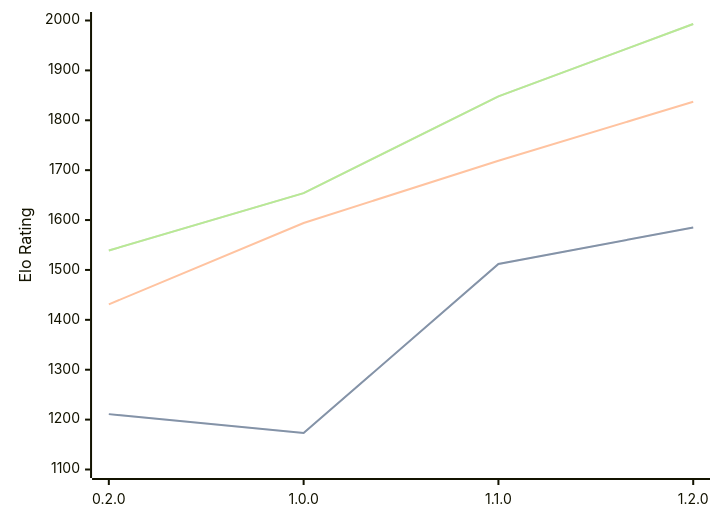
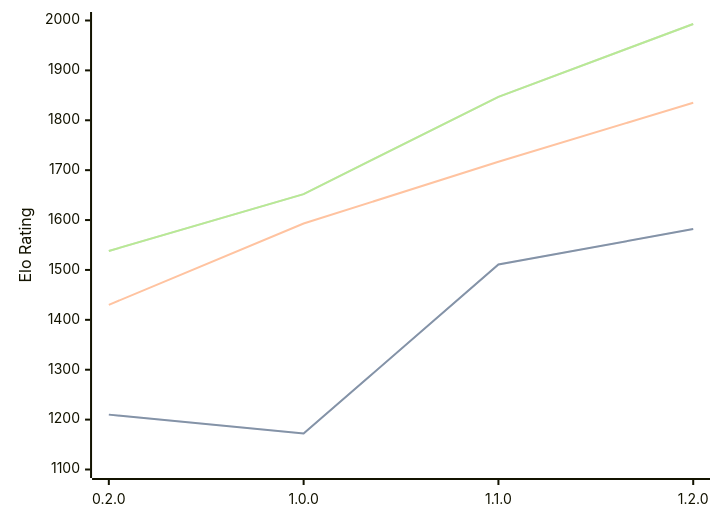
Before and after one commit to computer-chess-index/cci: the diagram in engines/Zeppelin.md, drawn with Mermaid. The commit also changed other lines of this file, not shown here.

Commit message:
Update CCI Ratings (ELO VLTC) - 2026-02-18

````diff
--- a/engines/Zeppelin.md
+++ b/engines/Zeppelin.md
@@ -33,11 +33,11 @@
 ```mermaid
 %%{init: {"theme":"base","themeVariables":{"seriesColors:['#a3a3a3','#222221','#faa371']}}}%%
 xychart-beta
   x-axis ["0.2.0", "1.0.0", "1.1.0", "1.2.0"]
   y-axis "Elo Rating" 1100 --> 2000
-  line "STC (8.0+0.08s)" [1211, 1173, 1512, 1585]
-  line "STC (8.0+0.08s)" [1211, 1173, 1512, 1585]
-  line "LTC (60.0+0.60s)" [1431, 1594, 1719, 1837]
-  line "VLTC (2m24s+1.12s)" [1539, 1654, 1848, 1993]
-  line "VLTC (2m24s+1.12s)" [1539, 1654, 1848, 1993]
+  line "STC (8.0+0.08s)" [1210, 1172, 1511, 1582]
+  line "STC (8.0+0.08s)" [1210, 1172, 1511, 1582]
+  line "LTC (60.0+0.60s)" [1430, 1593, 1717, 1835]
+  line "VLTC (2m24s+1.12s)" [1538, 1652, 1847, 1993]
+  line "VLTC (2m24s+1.12s)" [1538, 1652, 1847, 1993]
 ```
````
